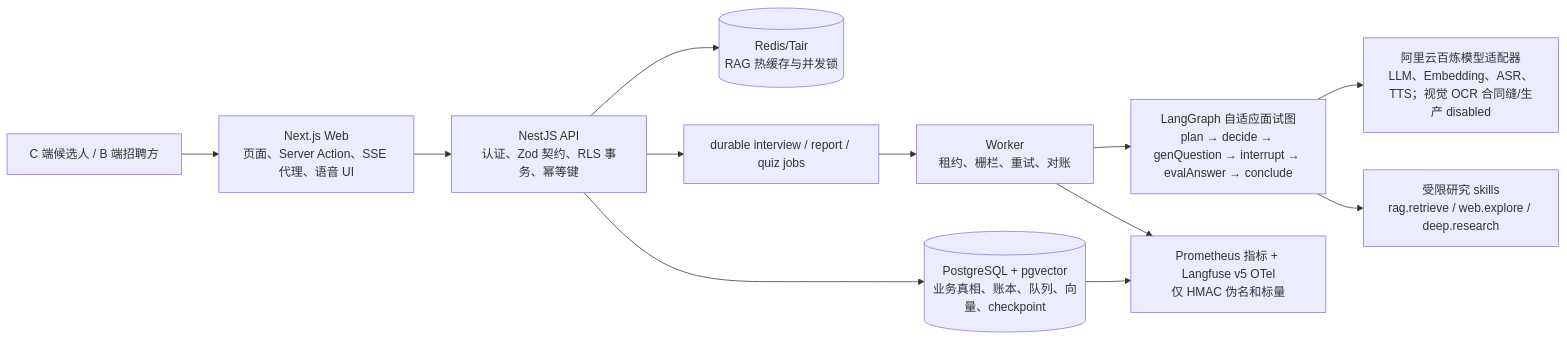
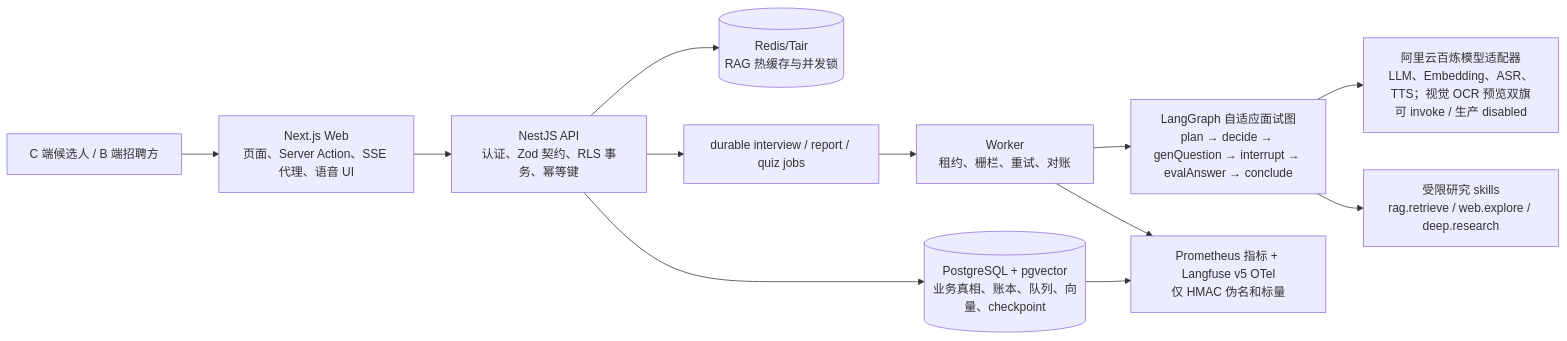
One commit to miaole/meetwise changed the diagram in ai-docs/architecture/current-runtime-truth.md. Above: the diagram before and after it, drawn with Mermaid. The commit also changed other lines of this file and 23 other files, not shown here.

First line of the commit message:
feat(model-op-01): land preview OCR invoke behind dual flags

````diff
--- a/ai-docs/architecture/current-runtime-truth.md
+++ b/ai-docs/architecture/current-runtime-truth.md
@@ -79,14 +79,14 @@
 ```mermaid
 flowchart LR
   U["C 端候选人 / B 端招聘方"] --> W["Next.js Web\n页面、Server Action、SSE 代理、语音 UI"]
   W --> A["NestJS API\n认证、Zod 契约、RLS 事务、幂等键"]
   A --> P[("PostgreSQL + pgvector\n业务真相、账本、队列、向量、checkpoint")]
   A --> R[("Redis/Tair\nRAG 热缓存与并发锁")]
   A --> Q["durable interview / report / quiz jobs"]
   Q --> K["Worker\n租约、栅栏、重试、对账"]
   K --> G["LangGraph 自适应面试图\nplan → decide → genQuestion → interrupt → evalAnswer → conclude"]
-  G --> M["阿里云百炼模型适配器\nLLM、Embedding、ASR、TTS；视觉 OCR 合同缝/生产 disabled"]
+  G --> M["阿里云百炼模型适配器\nLLM、Embedding、ASR、TTS；视觉 OCR 预览双旗可 invoke / 生产 disabled"]
   G --> S["受限研究 skills\nrag.retrieve / web.explore / deep.research"]
   K --> O["Prometheus 指标 + Langfuse v5 OTel\n仅 HMAC 伪名和标量"]
   P --> O
 ```
````
